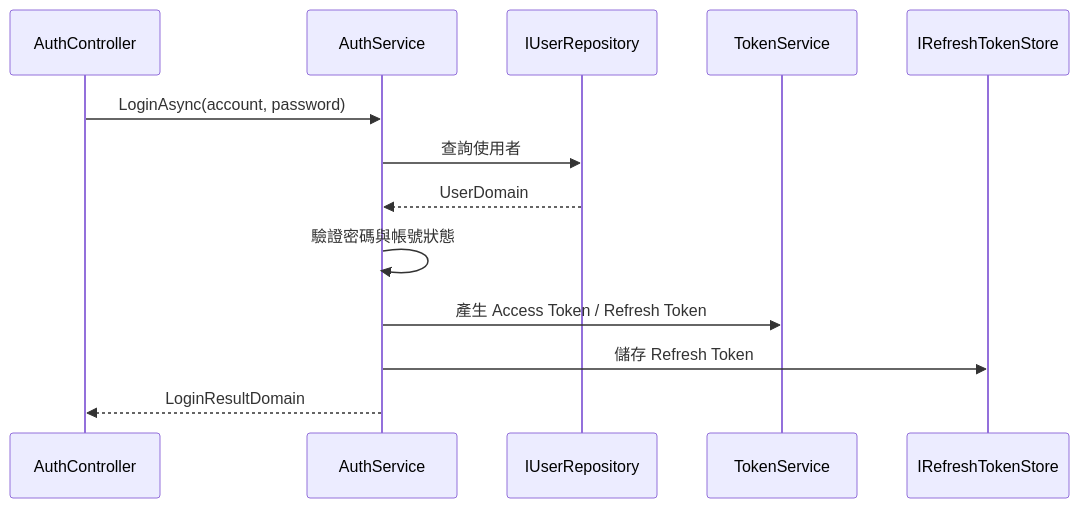
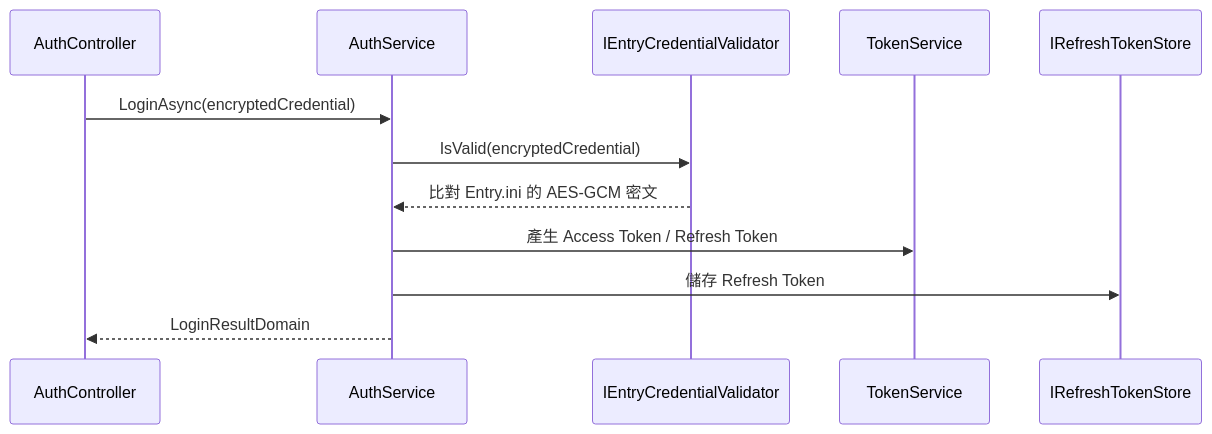
Before and after one commit to rexmax1018/B2B_API: the second of 3 diagrams in B2B.Service.Impl/README.md, drawn with Mermaid. The commit also changed other lines of this file and 44 other files, not shown here.

Commit message:
Add entry credential authentication and user query API

````diff
--- a/B2B.Service.Impl/README.md
+++ b/B2B.Service.Impl/README.md
@@ -59,16 +60,15 @@
 ```mermaid
 sequenceDiagram
     participant WebApi as AuthController
     participant Auth as AuthService
-    participant Repo as IUserRepository
+    participant Credential as IEntryCredentialValidator
     participant Token as TokenService
     participant Store as IRefreshTokenStore
 
-    WebApi->>Auth: LoginAsync(account, password)
-    Auth->>Repo: 查詢使用者
-    Repo-->>Auth: UserDomain
-    Auth->>Auth: 驗證密碼與帳號狀態
+    WebApi->>Auth: LoginAsync(encryptedCredential)
+    Auth->>Credential: IsValid(encryptedCredential)
+    Credential-->>Auth: 比對 Entry.ini 的 AES-GCM 密文
     Auth->>Token: 產生 Access Token / Refresh Token
     Auth->>Store: 儲存 Refresh Token
     Auth-->>WebApi: LoginResultDomain
 ```
````
